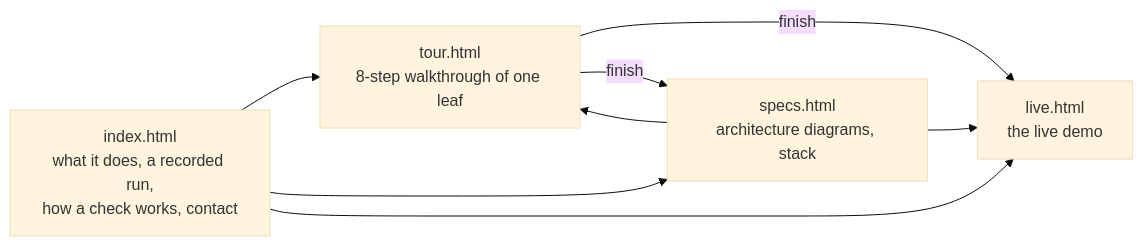
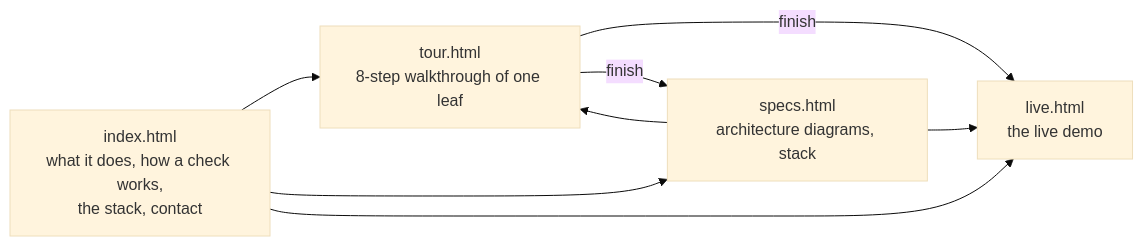
One commit to aakashksen/sprout changed the first of 3 diagrams in docs/architecture/website.md. Above: the diagram before and after it, drawn with Mermaid (base theme). The commit also changed other lines of this file and 6 other files, not shown here.

````diff
--- a/docs/architecture/website.md
+++ b/docs/architecture/website.md
@@ -9,10 +9,10 @@
 ```mermaid
 flowchart LR
-    HOME["index.html<br/>what it does, a recorded run,<br/>how a check works, contact"] --> TOUR["tour.html<br/>8-step walkthrough of one leaf"]
+    HOME["index.html<br/>what it does, how a check works,<br/>the stack, contact"] --> TOUR["tour.html<br/>8-step walkthrough of one leaf"]
     HOME --> SPECS["specs.html<br/>architecture diagrams, stack"]
     HOME --> LIVE["live.html<br/>the live demo"]
     TOUR -->|finish| LIVE
     TOUR -->|finish| SPECS
     SPECS --> TOUR
     SPECS --> LIVE
 ```
````
